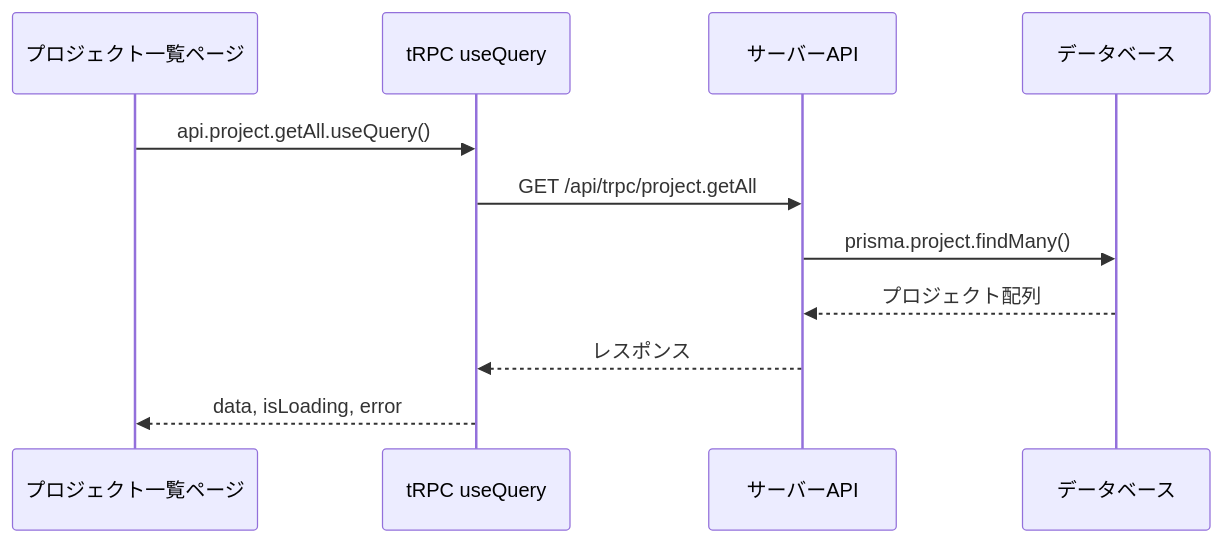
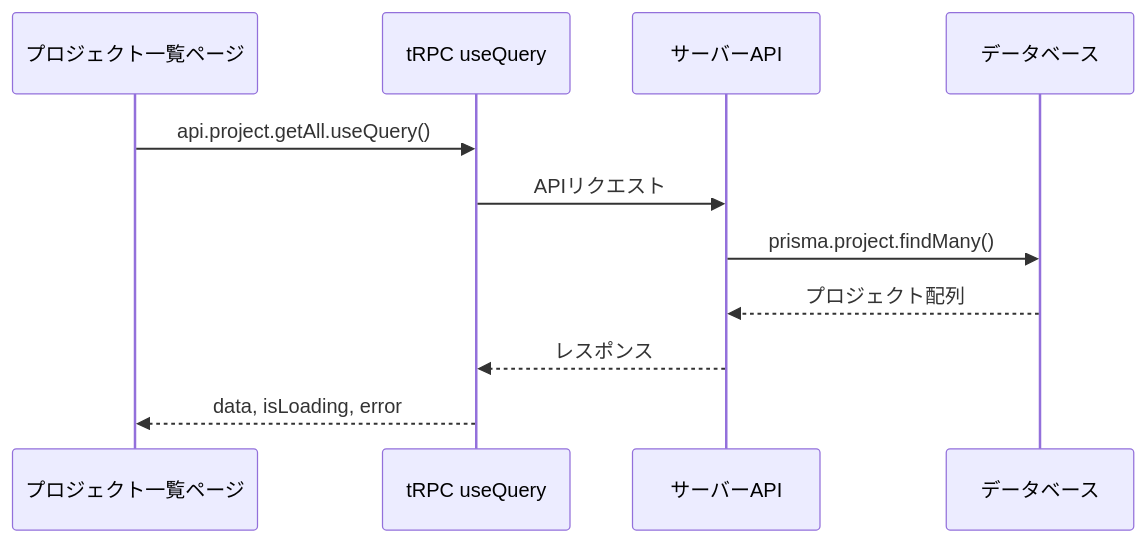
One commit to kouiso/task-app changed the diagram in material/30days-curriculum/day09_プロジェクト一覧画面.md. Above: the diagram before and after it, drawn with Mermaid. The commit also changed other lines of this file and 65 other files, not shown here.

````diff
--- a/material/30days-curriculum/day09_プロジェクト一覧画面.md
+++ b/material/30days-curriculum/day09_プロジェクト一覧画面.md
@@ -23,14 +25,14 @@
 ```mermaid
 sequenceDiagram
     participant P as プロジェクト一覧ページ
     participant T as tRPC useQuery
     participant S as サーバーAPI
     participant D as データベース
 
     P->>T: api.project.getAll.useQuery()
-    T->>S: GET /api/trpc/project.getAll
+    T->>S: APIリクエスト
     S->>D: prisma.project.findMany()
     D-->>S: プロジェクト配列
     S-->>T: レスポンス
     T-->>P: data, isLoading, error
 ```
````
